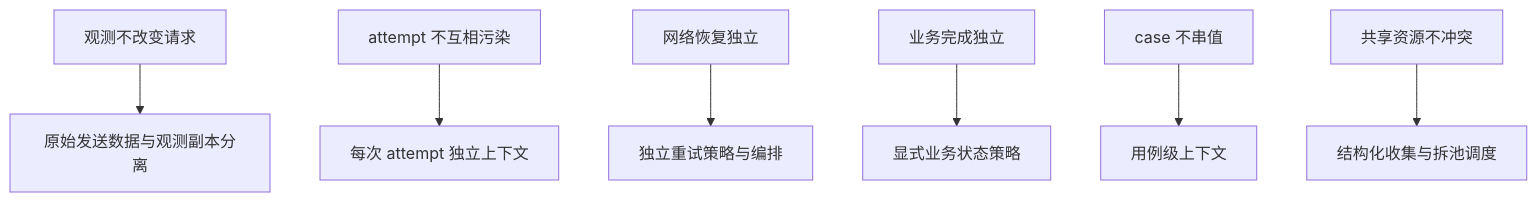
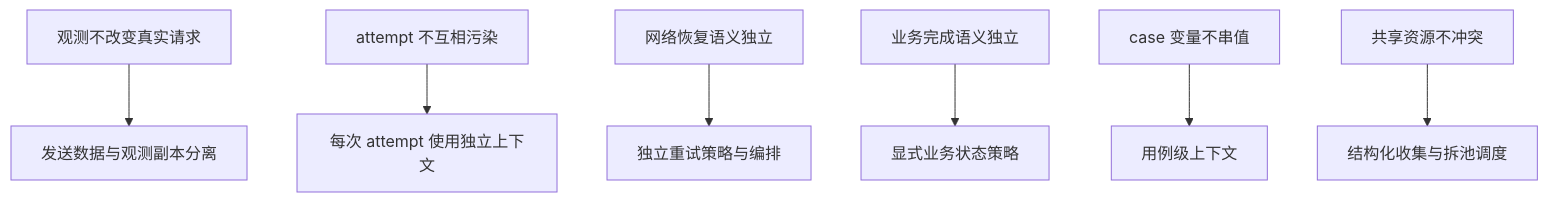
Before and after one commit to wjy801/llm_api_case: diagram 19 of 20 in course/DAY01_EVOLUTION_PROBLEM_MAP.md, drawn with Mermaid. The commit also changed other lines of this file, not shown here.

````diff
--- a/course/DAY01_EVOLUTION_PROBLEM_MAP.md
+++ b/course/DAY01_EVOLUTION_PROBLEM_MAP.md
@@ -587,9 +482,9 @@
 ```mermaid
 flowchart TD
-    I1[观测不改变请求] --> B1[原始发送数据与观测副本分离]
-    I2[attempt 不互相污染] --> B2[每次 attempt 独立上下文]
-    I3[网络恢复独立] --> B3[独立重试策略与编排]
-    I4[业务完成独立] --> B4[显式业务状态策略]
-    I5[case 不串值] --> B5[用例级上下文]
-    I6[共享资源不冲突] --> B6[结构化收集与拆池调度]
+    A["观测不改变真实请求"] --> B["发送数据与观测副本分离"]
+    C["attempt 不互相污染"] --> D["每次 attempt 使用独立上下文"]
+    E["网络恢复语义独立"] --> F["独立重试策略与编排"]
+    G["业务完成语义独立"] --> H["显式业务状态策略"]
+    I["case 变量不串值"] --> J["用例级上下文"]
+    K["共享资源不冲突"] --> L["结构化收集与拆池调度"]
 ```
````
